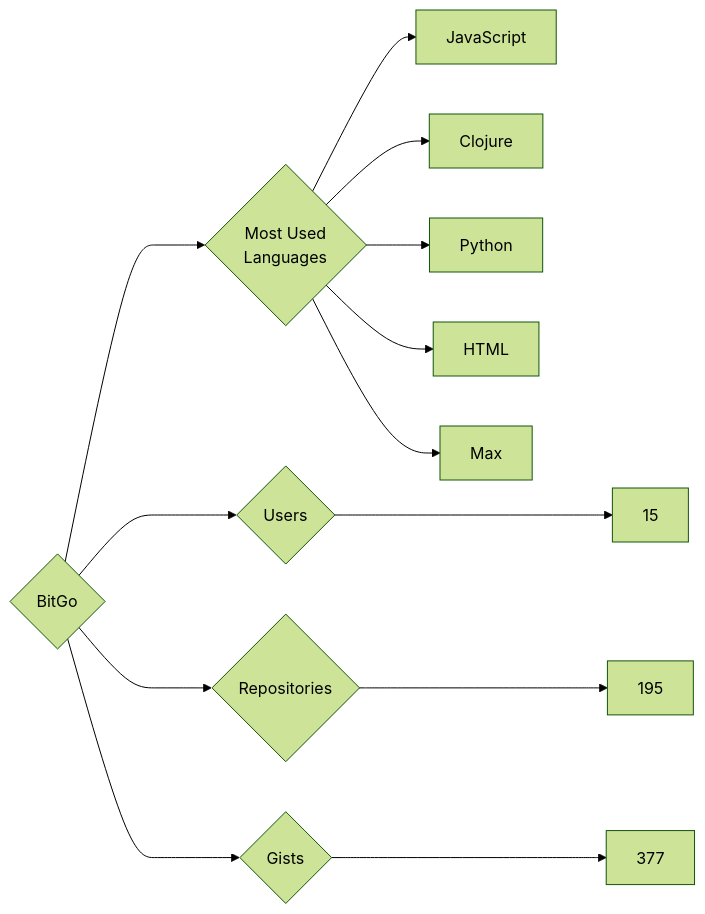
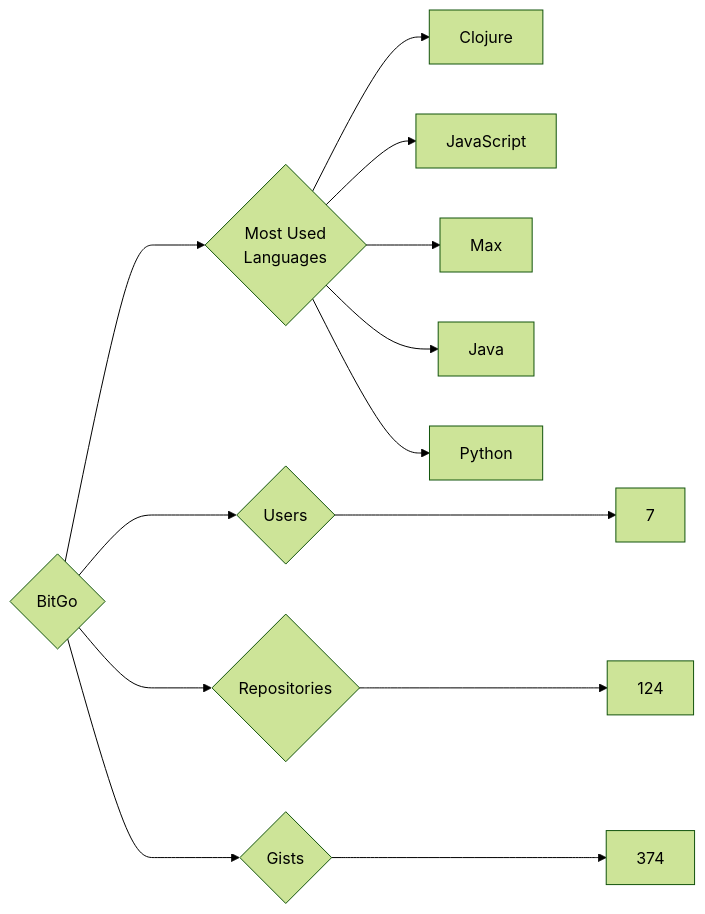
One commit to trickest/insiders changed the diagram in targets/BitGo/README.md. Above: the diagram before and after it, drawn with Mermaid (forest theme). The commit also changed 724 other files, not shown here.

````diff
--- a/targets/BitGo/README.md
+++ b/targets/BitGo/README.md
@@ -3,13 +3,13 @@
 ```mermaid
 graph LR
 COMPANY_NAME{BitGo}
-COMPANY_NAME ---> U{Users} ---> UN[15]
-COMPANY_NAME ---> R{Repositories} ---> RN[195]
-COMPANY_NAME ---> G{Gists} ---> GN[377]
+COMPANY_NAME ---> U{Users} ---> UN[7]
+COMPANY_NAME ---> R{Repositories} ---> RN[124]
+COMPANY_NAME ---> G{Gists} ---> GN[374]
 COMPANY_NAME ---> ML{Most Used<br>Languages}
+ML --> Clojure[Clojure]
 ML --> JavaScript[JavaScript]
-ML --> Clojure[Clojure]
+ML --> Max[Max]
+ML --> Java[Java]
 ML --> Python[Python]
-ML --> HTML[HTML]
-ML --> Max[Max]
 ```
````
